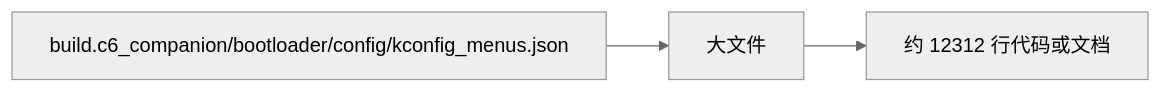
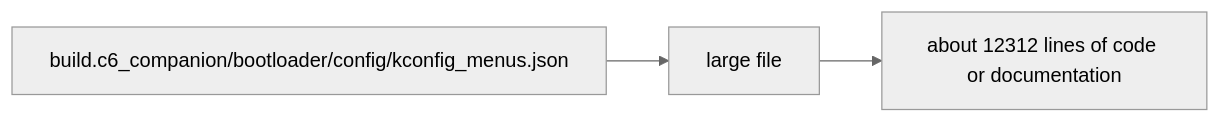
Before and after one commit to manmuqingshan/trail-mate: the diagram in docs/engineering/technical-hotspots/large-file--build-c6_companion-bootloader-config-kconfig_menus-json/technical-hotspot.md, drawn with Mermaid (neutral theme). The commit also changed other lines of this file and 527 other files, not shown here.

````diff
--- a/docs/engineering/technical-hotspots/large-file--build-c6_companion-bootloader-config-kconfig_menus-json/technical-hotspot.md
+++ b/docs/engineering/technical-hotspots/large-file--build-c6_companion-bootloader-config-kconfig_menus-json/technical-hotspot.md
@@ -40,8 +40,8 @@
 ```mermaid
 flowchart LR
   target["build.c6_companion/bootloader/config/kconfig_menus.json"]
-  hotspot["大文件"]
-  signal["约 12312 行代码或文档"]
+ hotspot["large file"]
+ signal["about 12312 lines of code or documentation"]
   target --> hotspot
   hotspot --> signal
 ```
````
